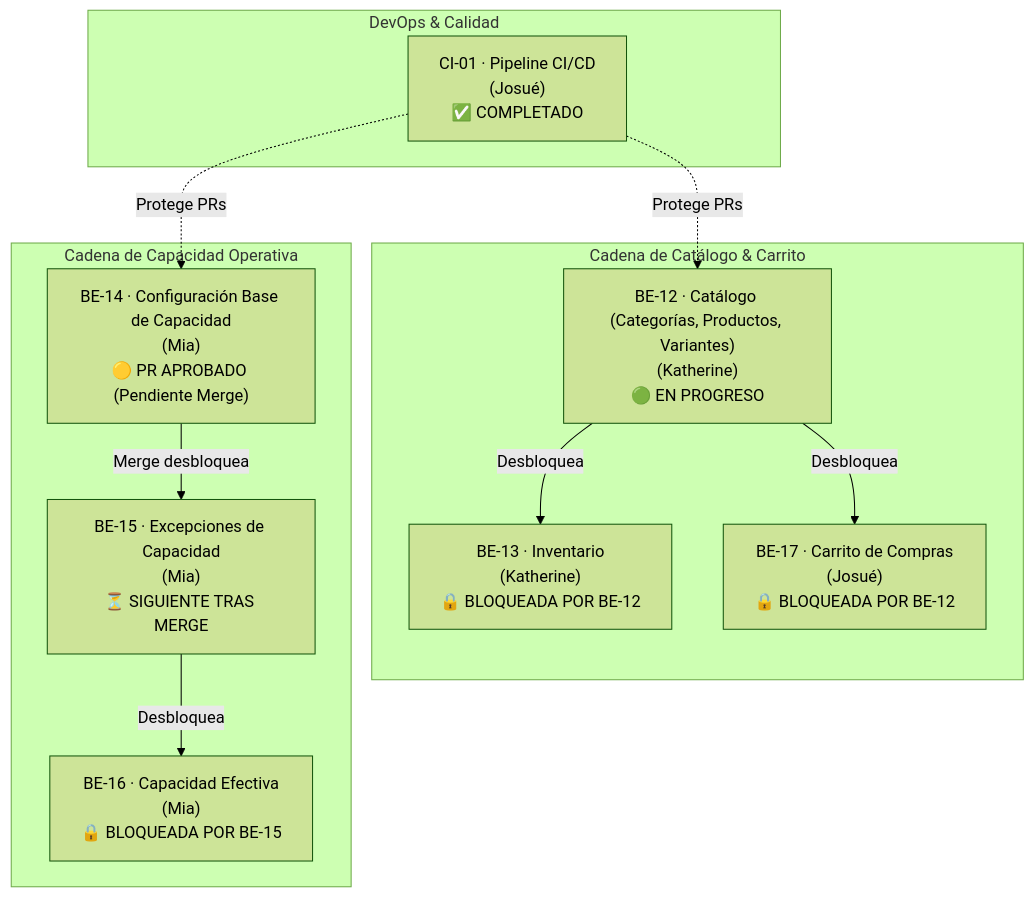
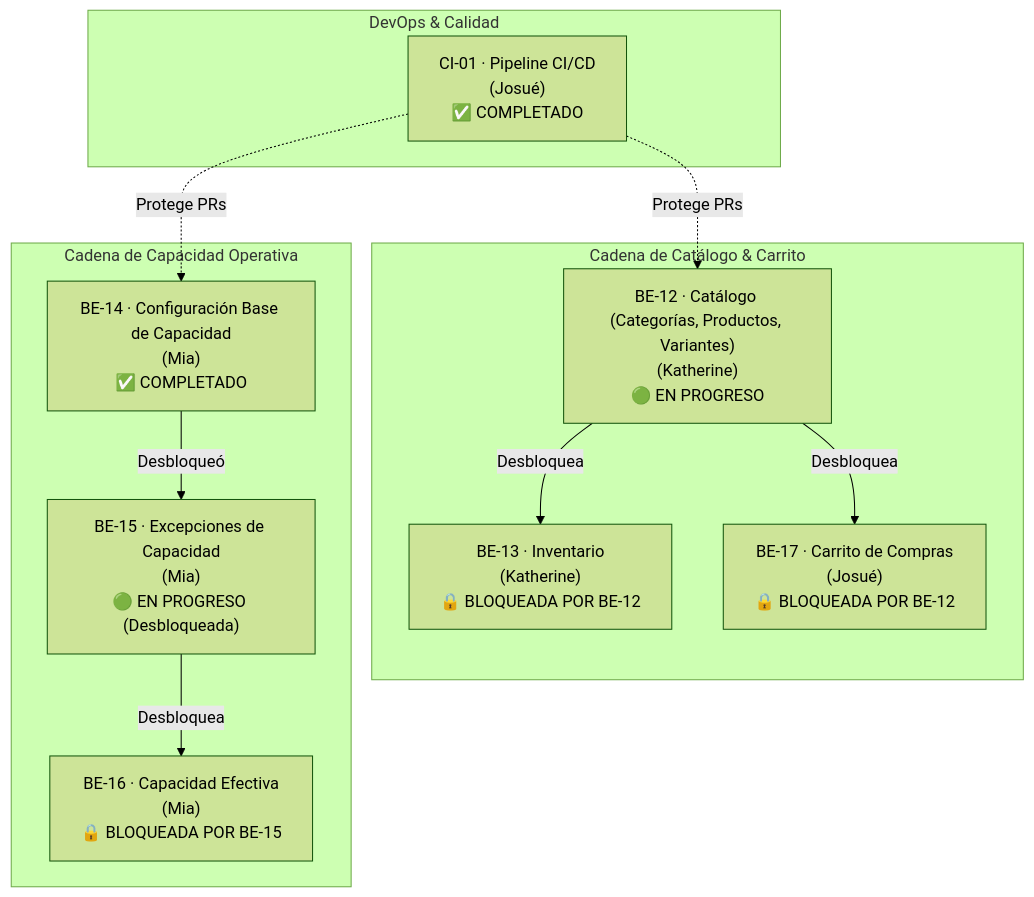
One commit to iJosueeh/jaldishop changed the first of 2 diagrams in docs/06-scrum/sprint-03.md. Above: the diagram before and after it, drawn with Mermaid (forest theme). The commit also changed other lines of this file and 9 other files, not shown here.

````diff
--- a/docs/06-scrum/sprint-03.md
+++ b/docs/06-scrum/sprint-03.md
@@ -27,25 +27,25 @@
 ```mermaid
 flowchart TD
     subgraph CI["DevOps & Calidad"]
         CI01["CI-01 · Pipeline CI/CD<br/>(Josué)<br/>✅ COMPLETADO"]
     end
 
     subgraph CATALOGO["Cadena de Catálogo & Carrito"]
         BE12["BE-12 · Catálogo (Categorías, Productos, Variantes)<br/>(Katherine)<br/>🟢 EN PROGRESO"]
         BE13["BE-13 · Inventario<br/>(Katherine)<br/>🔒 BLOQUEADA POR BE-12"]
         BE17["BE-17 · Carrito de Compras<br/>(Josué)<br/>🔒 BLOQUEADA POR BE-12"]
         BE12 -->|Desbloquea| BE13
         BE12 -->|Desbloquea| BE17
     end
 
     subgraph CAPACIDAD["Cadena de Capacidad Operativa"]
-        BE14["BE-14 · Configuración Base de Capacidad<br/>(Mia)<br/>🟡 PR APROBADO (Pendiente Merge)"]
-        BE15["BE-15 · Excepciones de Capacidad<br/>(Mia)<br/>⏳ SIGUIENTE TRAS MERGE"]
+        BE14["BE-14 · Configuración Base de Capacidad<br/>(Mia)<br/>✅ COMPLETADO"]
+        BE15["BE-15 · Excepciones de Capacidad<br/>(Mia)<br/>🟢 EN PROGRESO (Desbloqueada)"]
         BE16["BE-16 · Capacidad Efectiva<br/>(Mia)<br/>🔒 BLOQUEADA POR BE-15"]
-        BE14 -->|Merge desbloquea| BE15
+        BE14 -->|Desbloqueó| BE15
         BE15 -->|Desbloquea| BE16
     end
 
     CI01 -. Protege PRs .-> BE12
     CI01 -. Protege PRs .-> BE14
 ```
````
